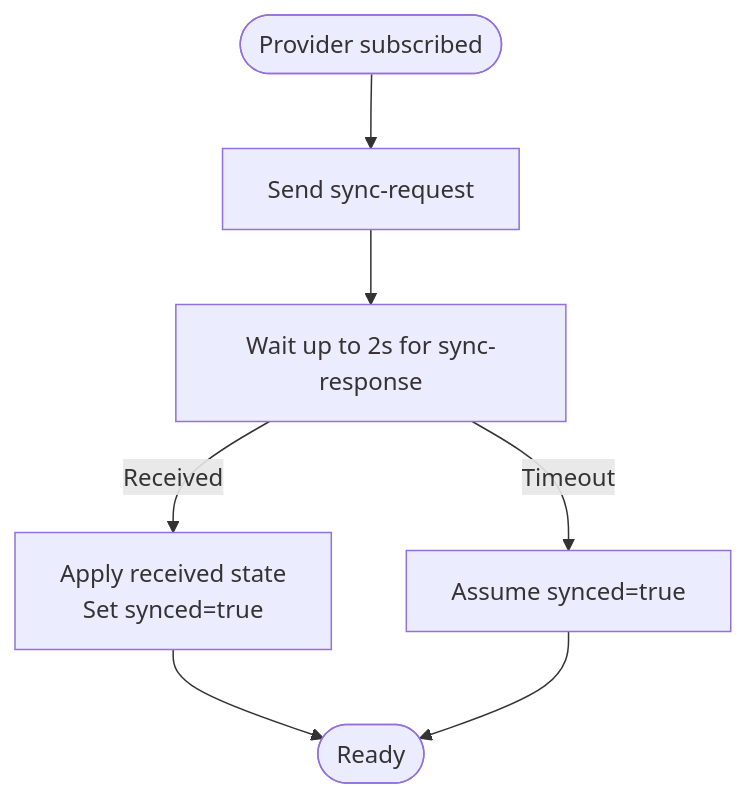
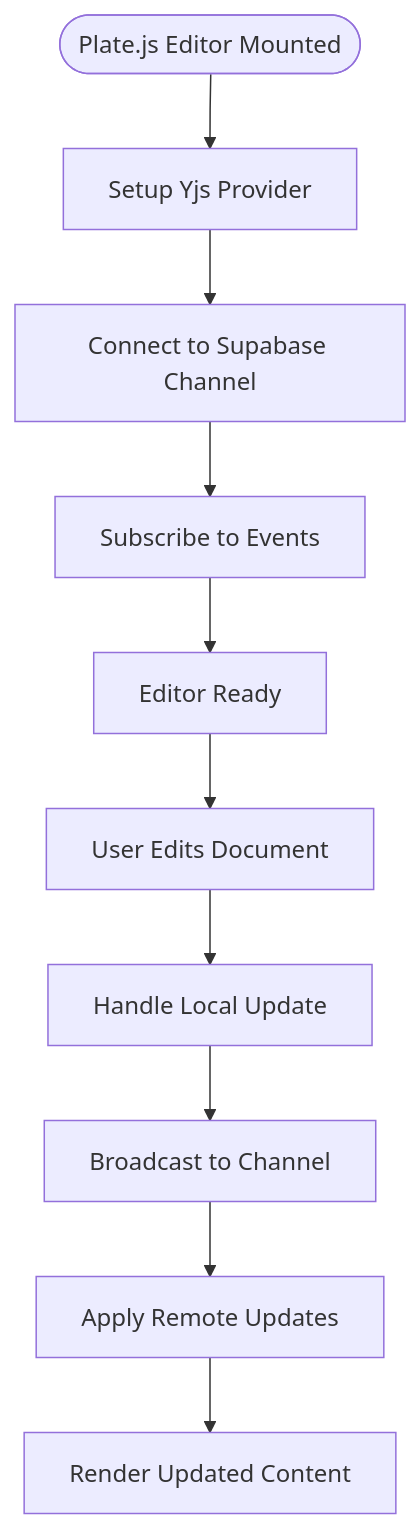
Before and after one commit to SinesysTech/zattar-os: the third of 9 diagrams in .qoder/repowiki/en/content/Real-time Features/Collaborative Editing.md, drawn with Mermaid. The commit also changed other lines of this file and 4 other files, not shown here.

````diff
--- a/.qoder/repowiki/en/content/Real-time Features/Collaborative Editing.md
+++ b/.qoder/repowiki/en/content/Real-time Features/Collaborative Editing.md
@@ -150,9 +165,12 @@
 ```mermaid
 flowchart TD
-Start(["Provider subscribed"]) --> Req["Send sync-request"]
-Req --> Wait["Wait up to 2s for sync-response"]
-Wait --> |Received| Apply["Apply received state<br/>Set synced=true"]
-Wait --> |Timeout| Assume["Assume synced=true"]
-Apply --> End(["Ready"])
-Assume --> End
+Start(["Plate.js Editor Mounted"]) --> Setup["Setup Yjs Provider"]
+Setup --> Connect["Connect to Supabase Channel"]
+Connect --> Subscribe["Subscribe to Events"]
+Subscribe --> Ready["Editor Ready"]
+Ready --> Edit["User Edits Document"]
+Edit --> LocalUpdate["Handle Local Update"]
+LocalUpdate --> Broadcast["Broadcast to Channel"]
+Broadcast --> Sync["Apply Remote Updates"]
+Sync --> Render["Render Updated Content"]
 ```
````
